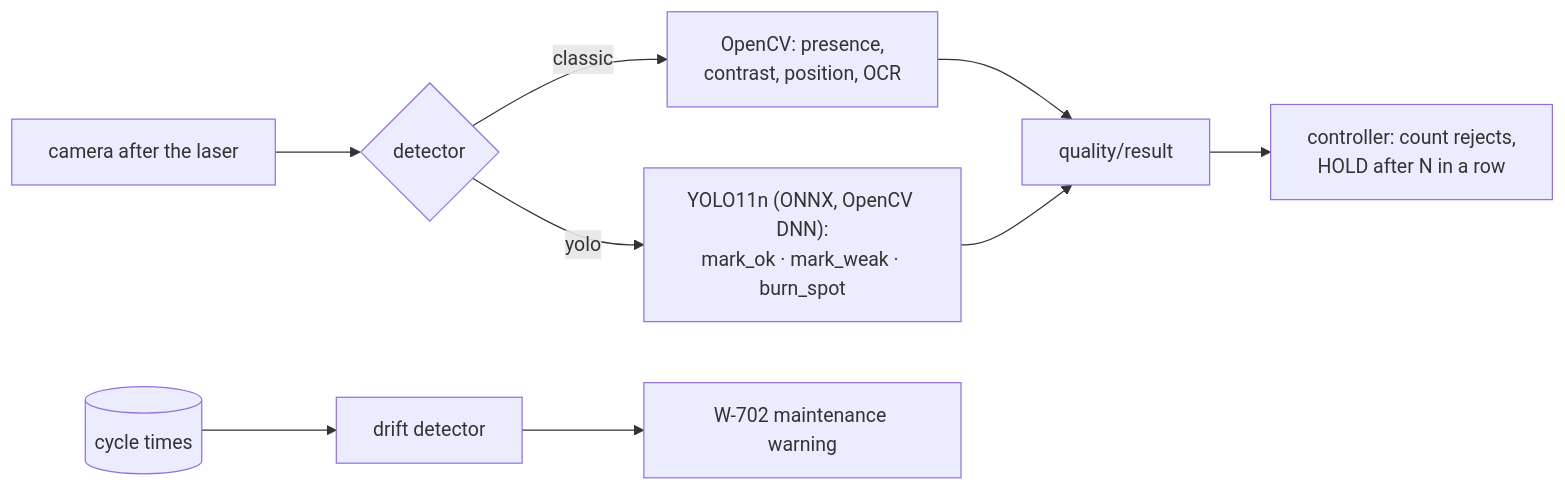
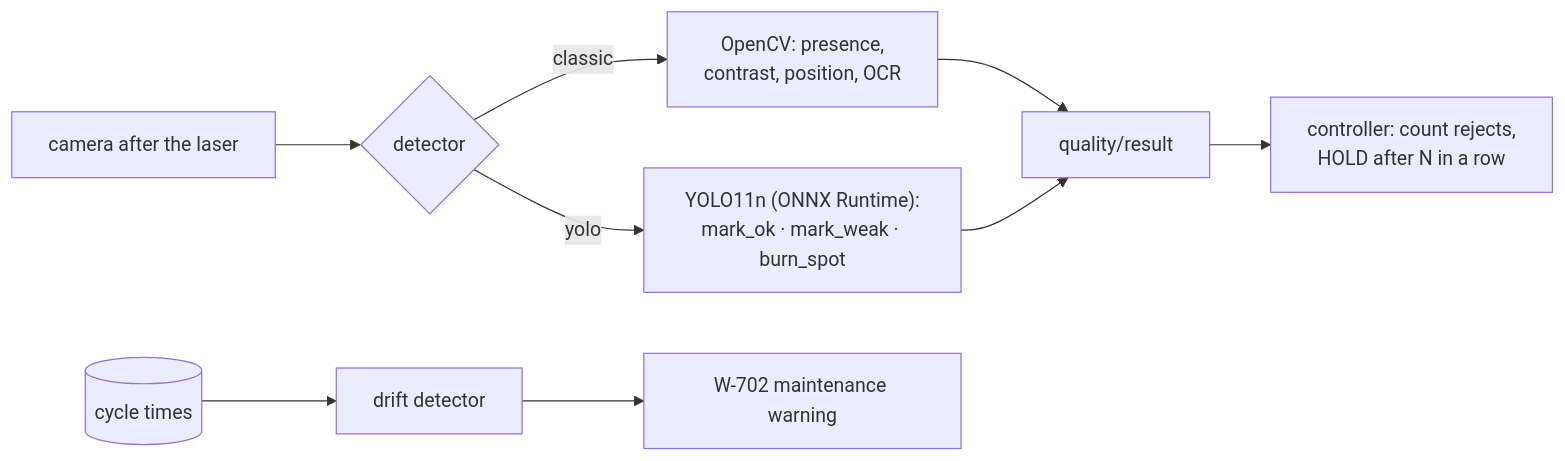
Before and after one commit to basheeraltawil/belt-marking-machine-integrated-with-laser-fiber: the fifth of 6 diagrams in README.md, drawn with Mermaid. The commit also changed other lines of this file and 38 other files, not shown here.

````diff
--- a/README.md
+++ b/README.md
@@ -191,8 +191,8 @@
 ```mermaid
 flowchart LR
   CAM["camera after the laser"] --> SEL{"detector"}
   SEL -- classic --> CV["OpenCV: presence,<br/>contrast, position, OCR"]
-  SEL -- yolo --> Y["YOLO11n (ONNX, OpenCV DNN):<br/>mark_ok · mark_weak · burn_spot"]
+  SEL -- yolo --> Y["YOLO11n (ONNX Runtime):<br/>mark_ok · mark_weak · burn_spot"]
   CV & Y --> QR["quality/result"] --> CTRL["controller: count rejects,<br/>HOLD after N in a row"]
   DB[("cycle times")] --> AN["drift detector"] --> W["W-702 maintenance warning"]
 ```
````
